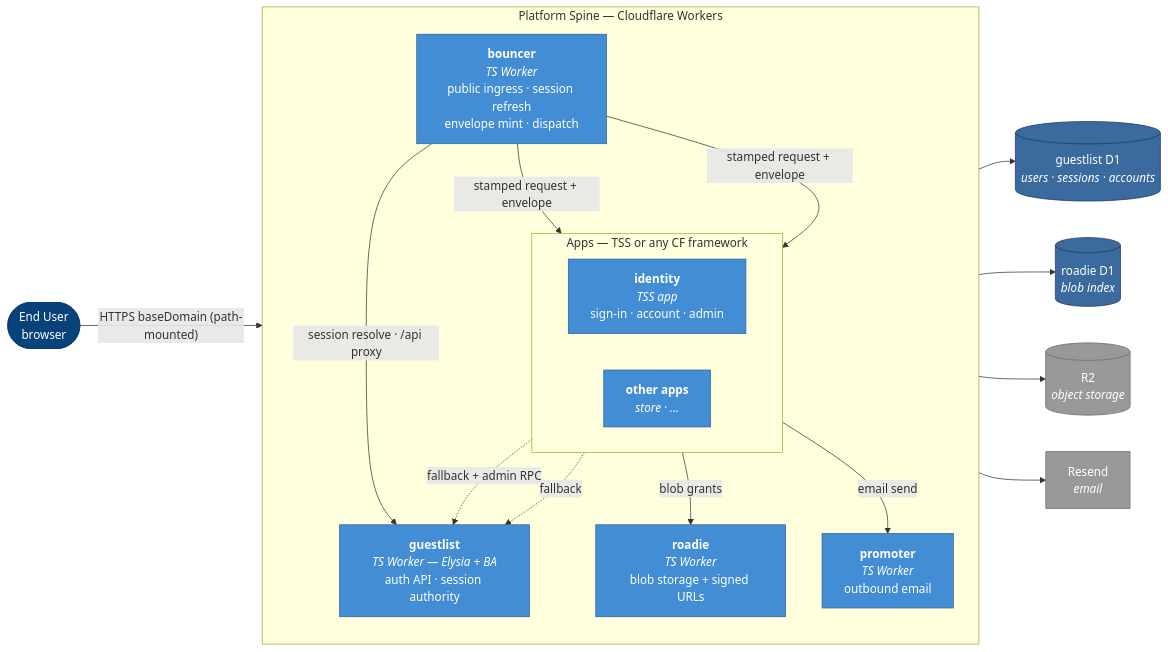
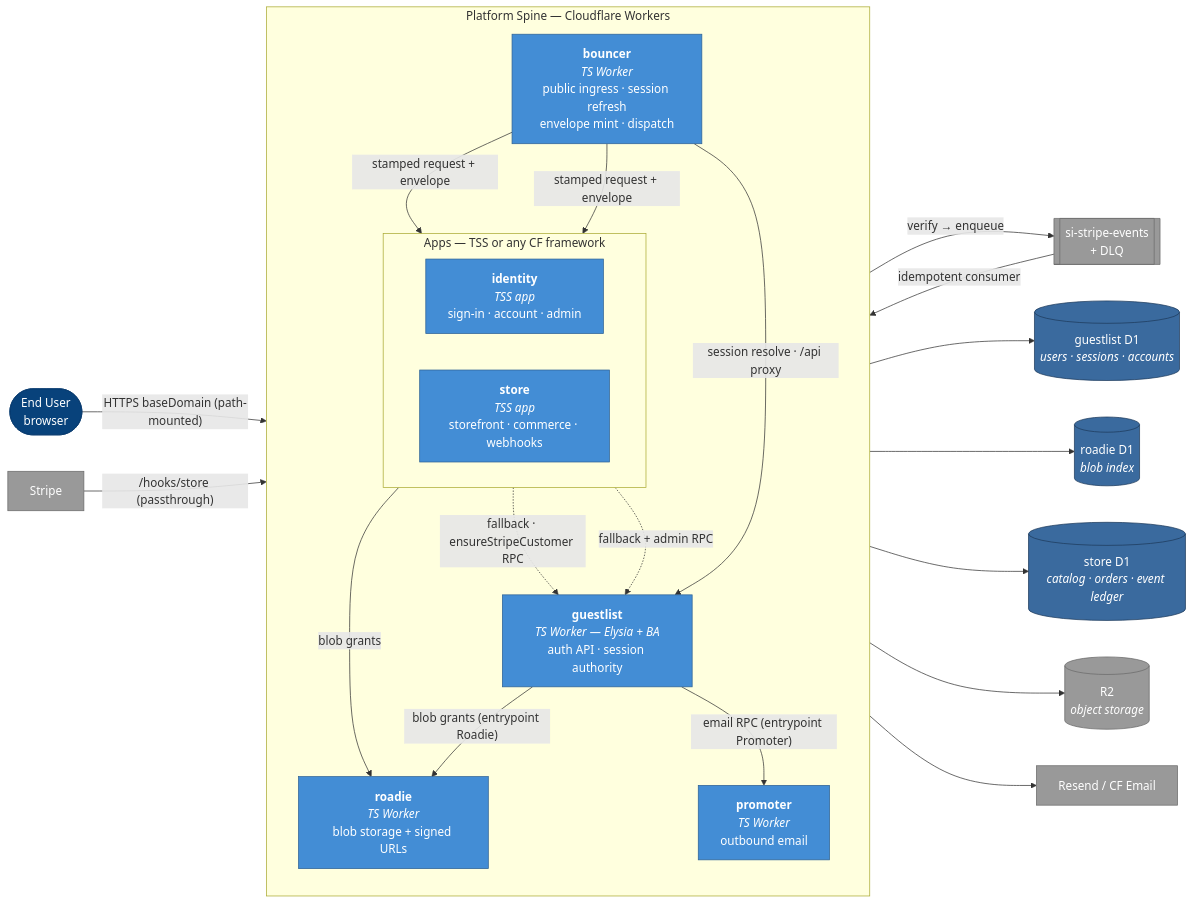
One commit to apostolos-geyer/somewhatintelligent changed the second of 17 diagrams in docs/ARCHITECTURE.md. Above: the diagram before and after it, drawn with Mermaid. The commit also changed other lines of this file, not shown here.

Commit message:
docs(repo): expand architecture — stripe ingestion, analytics, release/devops/IaC, testing

````diff
--- a/docs/ARCHITECTURE.md
+++ b/docs/ARCHITECTURE.md
@@ -72,44 +83,52 @@
 ```mermaid
 flowchart LR
   user(["End User<br/>browser"]):::person
 
   subgraph platform["Platform Spine — Cloudflare Workers"]
     direction TB
     bouncer["<b>bouncer</b><br/><i>TS Worker</i><br/>public ingress · session refresh<br/>envelope mint · dispatch"]:::ctr
 
     subgraph apps["Apps — TSS or any CF framework"]
       direction LR
       identity["<b>identity</b><br/><i>TSS app</i><br/>sign-in · account · admin"]:::ctr
-      other["<b>other apps</b><br/><i>store · ...</i>"]:::ctr
+      store["<b>store</b><br/><i>TSS app</i><br/>storefront · commerce · webhooks"]:::ctr
     end
 
     guestlist["<b>guestlist</b><br/><i>TS Worker — Elysia + BA</i><br/>auth API · session authority"]:::ctr
     roadie["<b>roadie</b><br/><i>TS Worker</i><br/>blob storage + signed URLs"]:::ctr
     promoter["<b>promoter</b><br/><i>TS Worker</i><br/>outbound email"]:::ctr
   end
 
   d1b[("guestlist D1<br/><i>users · sessions · accounts</i>")]:::db
   d1r[("roadie D1<br/><i>blob index</i>")]:::db
+  d1s[("store D1<br/><i>catalog · orders · event ledger</i>")]:::db
   r2[("R2<br/><i>object storage</i>")]:::ext
-  resend["Resend<br/><i>email</i>"]:::ext
+  q[["si-stripe-events<br/>+ DLQ"]]:::ext
+  email["Resend / CF Email"]:::ext
+  stripe["Stripe"]:::ext
 
   user -->|"HTTPS baseDomain (path-mounted)"| bouncer
   bouncer -->|"session resolve · /api proxy"| guestlist
   bouncer -->|"stamped request + envelope"| identity
-  bouncer -->|"stamped request + envelope"| other
+  bouncer -->|"stamped request + envelope"| store
+  stripe -->|"/hooks/store (passthrough)"| bouncer
 
   identity -.->|"fallback + admin RPC"| guestlist
-  other -.->|"fallback"| guestlist
-  other -->|"blob grants"| roadie
-  other -->|"email send"| promoter
+  store -.->|"fallback · ensureStripeCustomer RPC"| guestlist
+  store -->|"blob grants"| roadie
+  store -->|"verify → enqueue"| q
+  q -->|"idempotent consumer"| store
+  guestlist -->|"blob grants (entrypoint Roadie)"| roadie
+  guestlist -->|"email RPC (entrypoint Promoter)"| promoter
 
   guestlist --> d1b
   roadie --> d1r
+  store --> d1s
   roadie --> r2
-  promoter --> resend
+  promoter --> email
 
   classDef person fill:#08427b,stroke:#073b6f,color:#fff
   classDef ctr fill:#438dd5,stroke:#2e6295,color:#fff
   classDef db fill:#3a6a9e,stroke:#1d3a5c,color:#fff
   classDef ext fill:#999,stroke:#6b6b6b,color:#fff
 ```
````
